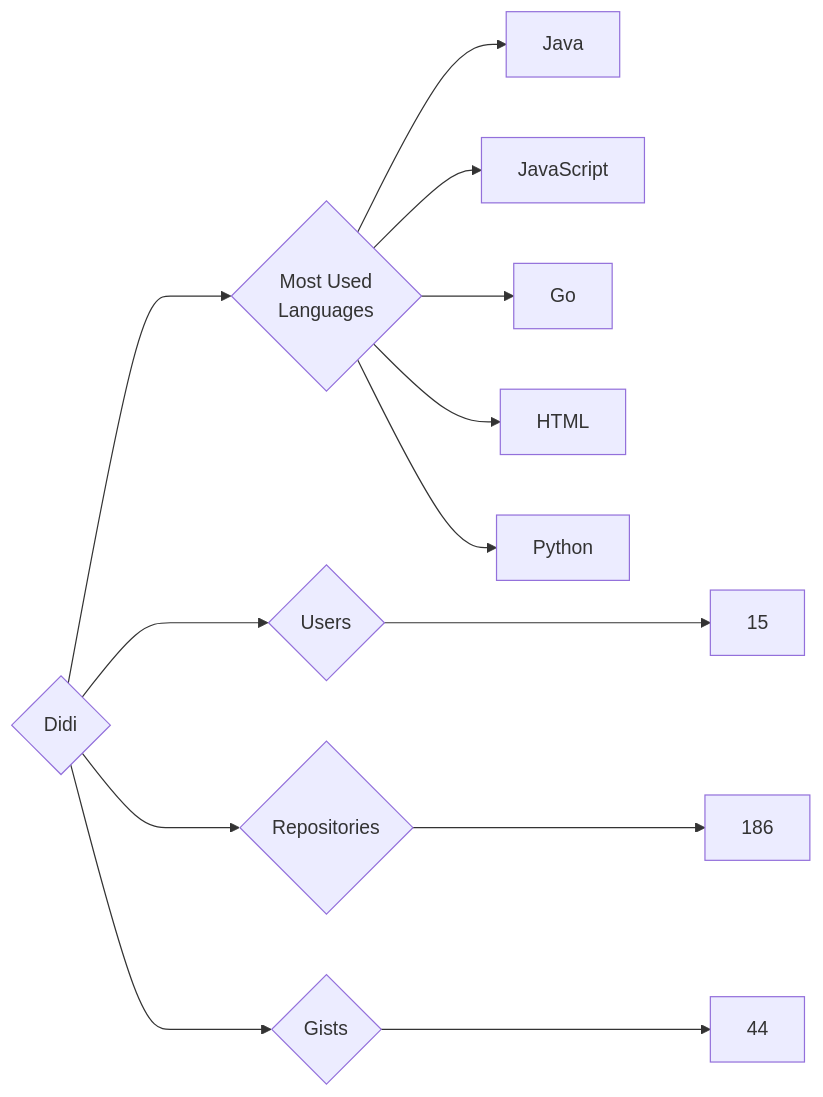
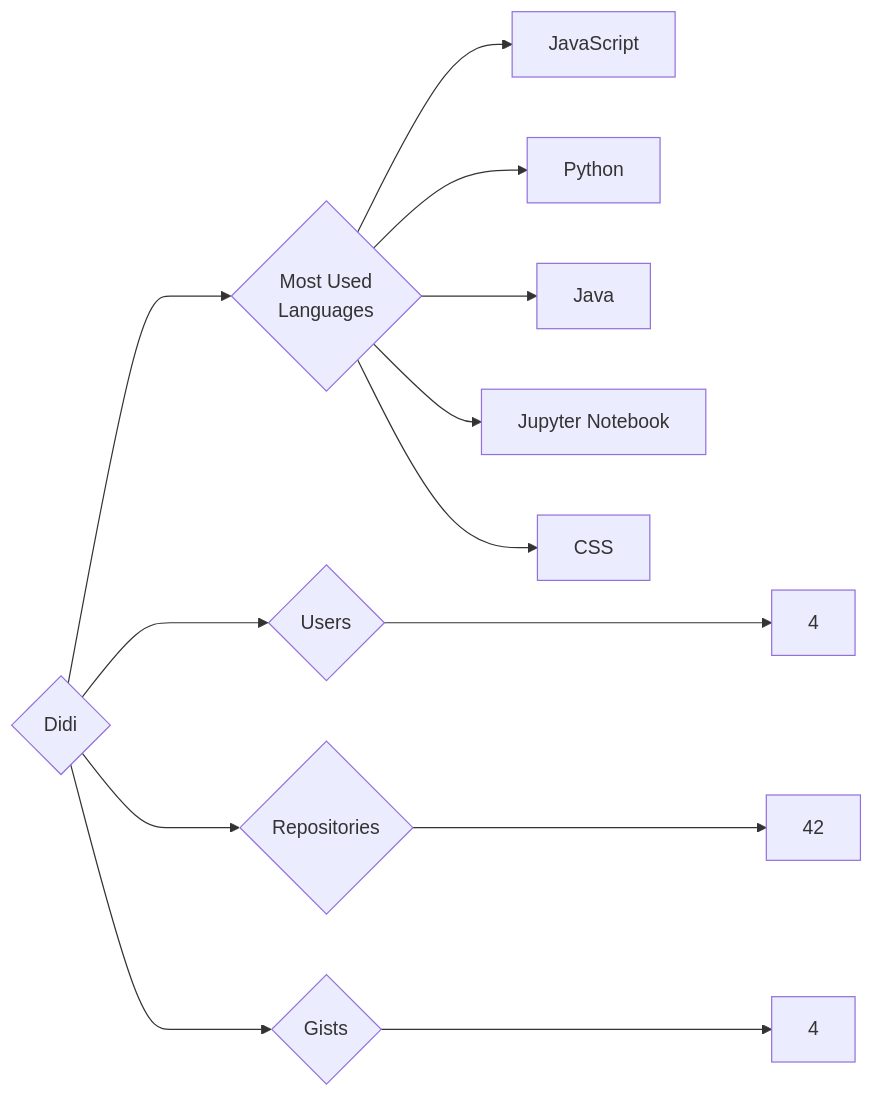
Before and after one commit to trickest/insiders: the diagram in targets/Didi/README.md, drawn with Mermaid. The commit also changed 934 other files, not shown here.

````diff
--- a/targets/Didi/README.md
+++ b/targets/Didi/README.md
@@ -3,13 +3,13 @@
 ```mermaid
 graph LR
 COMPANY_NAME{Didi}
-COMPANY_NAME ---> U{Users} ---> UN[15]
-COMPANY_NAME ---> R{Repositories} ---> RN[186]
-COMPANY_NAME ---> G{Gists} ---> GN[44]
+COMPANY_NAME ---> U{Users} ---> UN[4]
+COMPANY_NAME ---> R{Repositories} ---> RN[42]
+COMPANY_NAME ---> G{Gists} ---> GN[4]
 COMPANY_NAME ---> ML{Most Used<br>Languages}
+ML --> JavaScript[JavaScript]
+ML --> Python[Python]
 ML --> Java[Java]
-ML --> JavaScript[JavaScript]
-ML --> Go[Go]
-ML --> HTML[HTML]
-ML --> Python[Python]
+ML --> Jupyter_Notebook[Jupyter Notebook]
+ML --> CSS[CSS]
 ```
````
